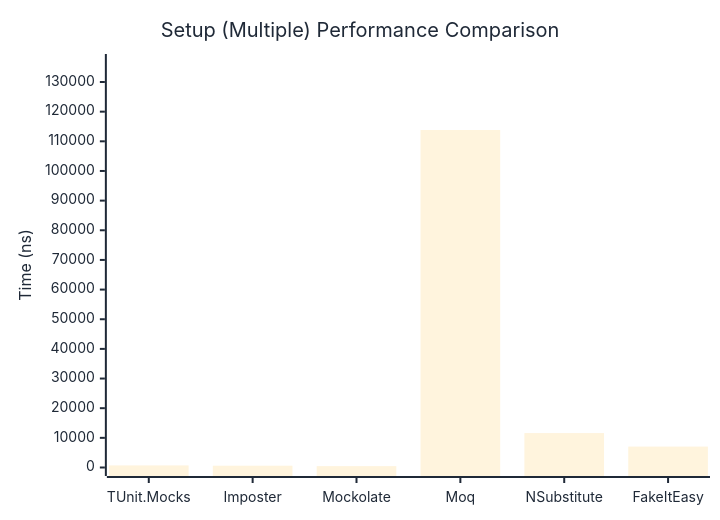
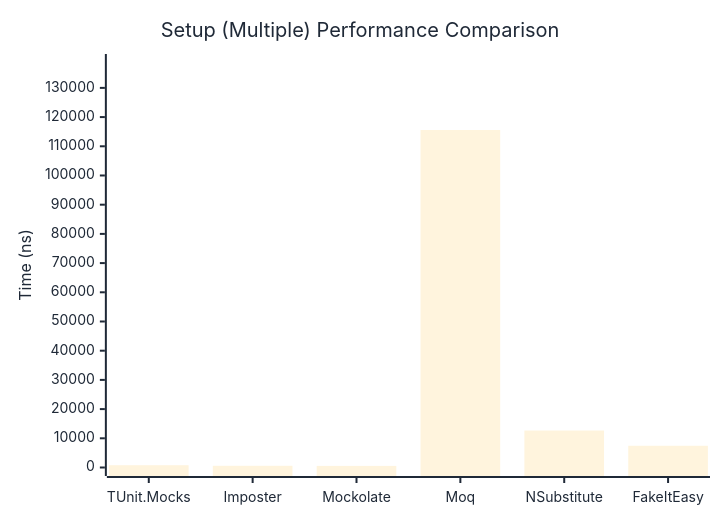
Before and after one commit to thomhurst/TUnit: the second of 2 diagrams in docs/docs/benchmarks/mocks/Setup.md, drawn with Mermaid. The commit also changed other lines of this file and 14 other files, not shown here.

````diff
--- a/docs/docs/benchmarks/mocks/Setup.md
+++ b/docs/docs/benchmarks/mocks/Setup.md
@@ -71,27 +71,27 @@
 ```mermaid
 %%{init: {
   'theme':'base',
   'themeVariables': {
     'primaryColor': '#2563eb',
     'primaryTextColor': '#1f2937',
     'primaryBorderColor': '#1e40af',
     'lineColor': '#6b7280',
     'secondaryColor': '#7c3aed',
     'tertiaryColor': '#dc2626',
     'background': '#ffffff',
     'pie1': '#2563eb',
     'pie2': '#7c3aed',
     'pie3': '#dc2626',
     'pie4': '#f59e0b',
     'pie5': '#10b981',
     'pie6': '#06b6d4',
     'pie7': '#ec4899',
     'pie8': '#6366f1'
   }
 }}%%
 xychart-beta
   title "Setup (Multiple) Performance Comparison"
   x-axis ["TUnit.Mocks", "Imposter", "Mockolate", "Moq", "NSubstitute", "FakeItEasy"]
-  y-axis "Time (ns)" 0 --> 136578
-  bar [702, 603.2, 462.8, 113814.5, 11605.1, 7053.3]
+  y-axis "Time (ns)" 0 --> 138693
+  bar [785.6, 585.4, 541.3, 115577.1, 12664.7, 7444]
 ```
````
